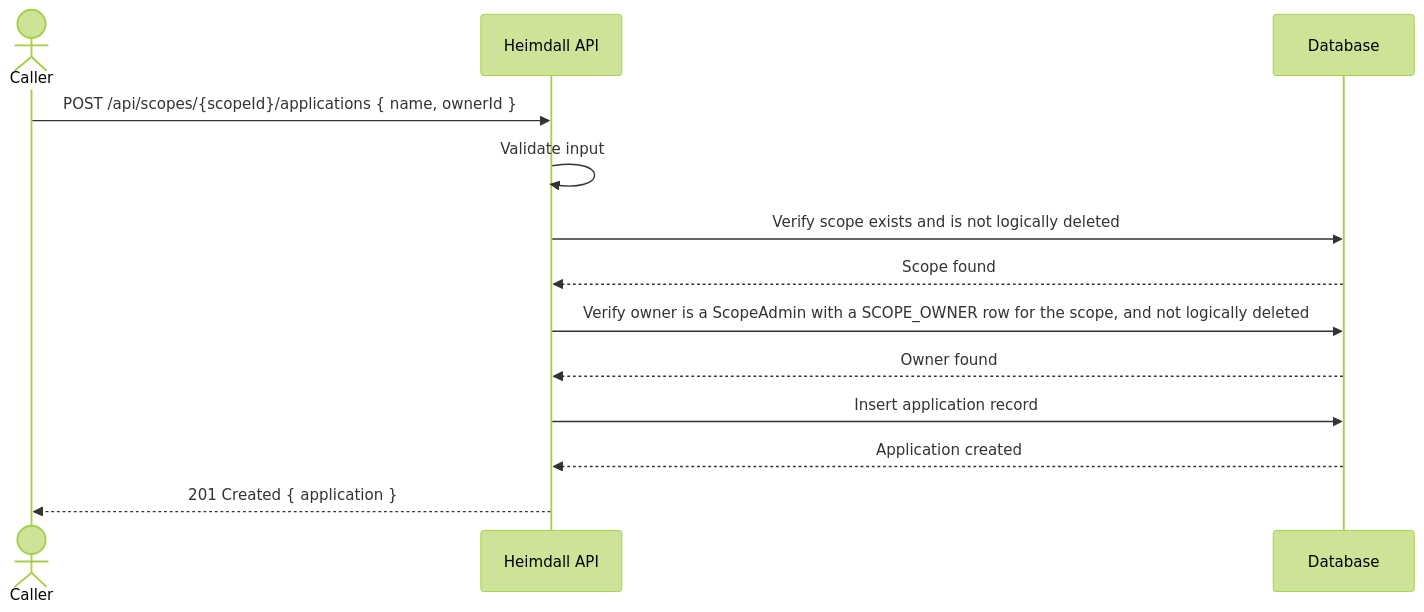
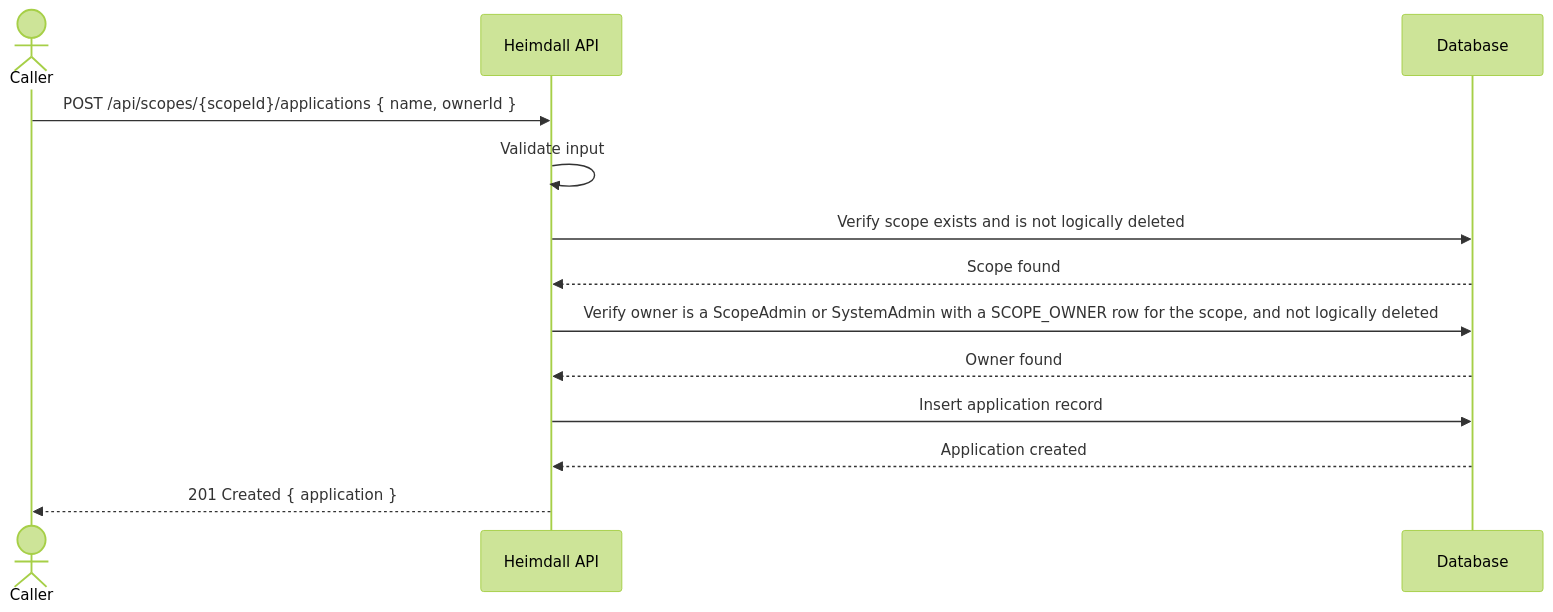
One commit to artur-rios/heimdall-api changed the tenth of 27 diagrams in docs/requirements/Use Case Specification Document.md. Above: the diagram before and after it, drawn with Mermaid (forest theme). The commit also changed other lines of this file and 30 other files, not shown here.

First line of the commit message:
fix: let a system admin own a scope

````diff
--- a/docs/requirements/Use Case Specification Document.md
+++ b/docs/requirements/Use Case Specification Document.md
@@ -920,16 +920,16 @@
 ```mermaid
 sequenceDiagram
     actor Caller
     participant API as Heimdall API
     participant DB as Database
 
     Caller->>API: POST /api/scopes/{scopeId}/applications { name, ownerId }
     API->>API: Validate input
     API->>DB: Verify scope exists and is not logically deleted
     DB-->>API: Scope found
-    API->>DB: Verify owner is a ScopeAdmin with a SCOPE_OWNER row for the scope, and not logically deleted
+    API->>DB: Verify owner is a ScopeAdmin or SystemAdmin with a SCOPE_OWNER row for the scope, and not logically deleted
     DB-->>API: Owner found
     API->>DB: Insert application record
     DB-->>API: Application created
     API-->>Caller: 201 Created { application }
 ```
````
